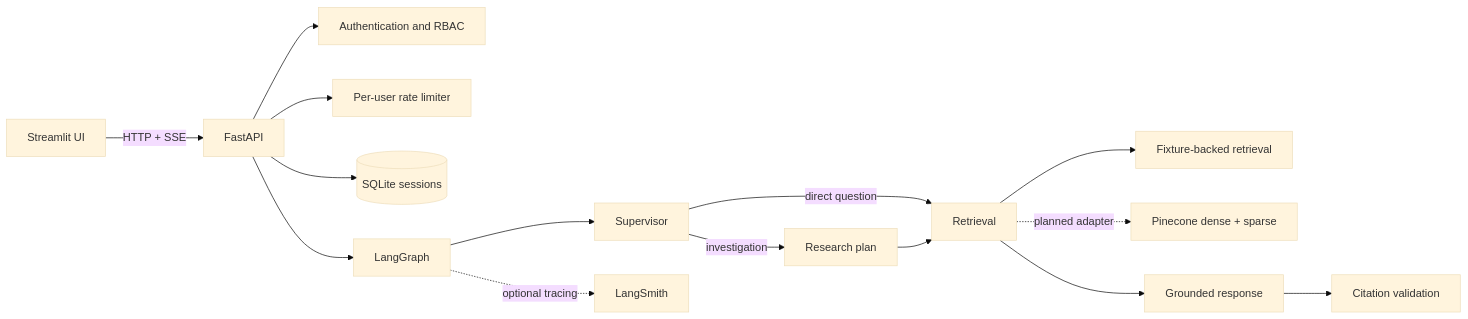
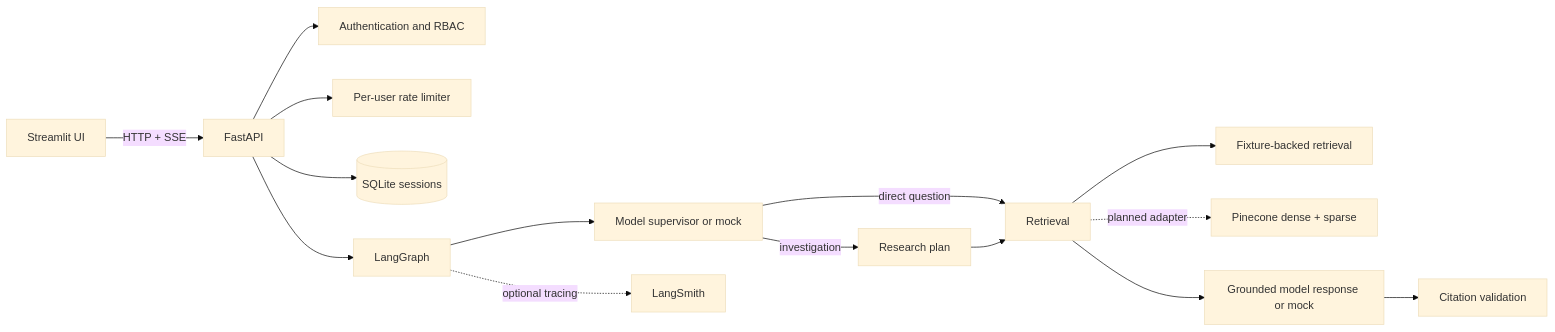
The diagram in README.md (Thavarshan/enterprise-knowledge-assistant), drawn with Mermaid (base theme) before and after one commit. The commit also changed other lines of this file and 19 other files, not shown here.

````diff
--- a/README.md
+++ b/README.md
@@ -7,17 +7,17 @@
 ```mermaid
 flowchart LR
     UI[Streamlit UI] -->|HTTP + SSE| API[FastAPI]
     API --> AUTH[Authentication and RBAC]
     API --> LIMIT[Per-user rate limiter]
     API --> MEM[(SQLite sessions)]
     API --> GRAPH[LangGraph]
-    GRAPH --> SUP[Supervisor]
+    GRAPH --> SUP[Model supervisor or mock]
     SUP -->|direct question| RET[Retrieval]
     SUP -->|investigation| RES[Research plan]
     RES --> RET
     RET --> MOCK[Fixture-backed retrieval]
     RET -. planned adapter .-> PINE[Pinecone dense + sparse]
-    RET --> RESP[Grounded response]
+    RET --> RESP[Grounded model response or mock]
     RESP --> VAL[Citation validation]
     GRAPH -. optional tracing .-> LS[LangSmith]
 ```
````
